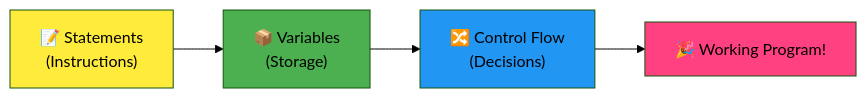
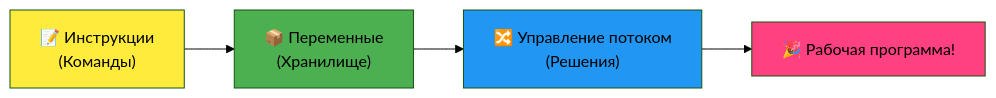
The fourth of 7 diagrams in 1-getting-started-lessons/1-intro-to-programming-languages/README.md (lipaev/Web-Dev-For-Beginners), drawn with Mermaid (forest theme) before and after one commit. The commit also changed other lines of this file, not shown here.

````diff
--- a/1-getting-started-lessons/1-intro-to-programming-languages/README.md
+++ b/1-getting-started-lessons/1-intro-to-programming-languages/README.md
@@ -453,9 +453,9 @@
 ```mermaid
 flowchart LR
-  A["📝 Statements<br/>(Instructions)"] --> B["📦 Variables<br/>(Storage)"] --> C["🔀 Control Flow<br/>(Decisions)"] --> D["🎉 Working Program!"]
-
-  style A fill:#ffeb3b
-  style B fill:#4caf50
-  style C fill:#2196f3
-  style D fill:#ff4081
+    A["📝 Инструкции<br/>(Команды)"] --> B["📦 Переменные<br/>(Хранилище)"] --> C["🔀 Управление потоком<br/>(Решения)"] --> D["🎉 Рабочая программа!"]
+    
+    style A fill:#ffeb3b
+    style B fill:#4caf50
+    style C fill:#2196f3
+    style D fill:#ff4081
 ```
````
